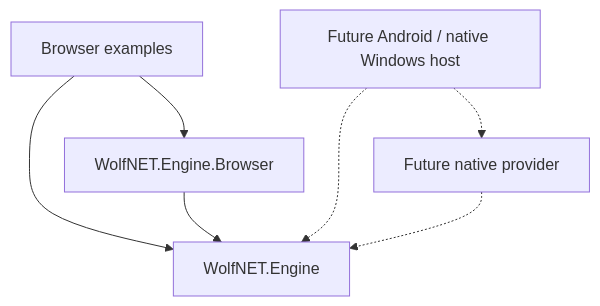
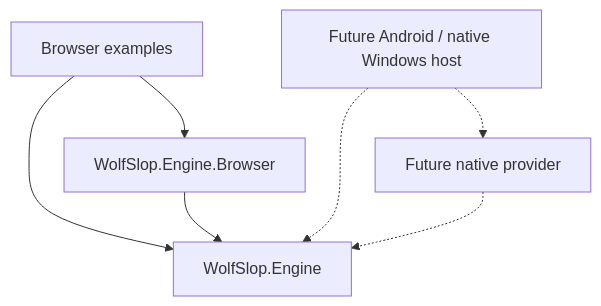
Before and after one commit to Lminta/WolfSlop: the diagram in WolfSlop.Engine/PLATFORMS.md, drawn with Mermaid. The commit also changed other lines of this file and 96 other files, not shown here.

Commit message:
Rename all "WolfNET" references to "WolfSlop"; update project files, namespaces, and assets accordingly for consistency with the new engine name.

````diff
--- a/WolfSlop.Engine/PLATFORMS.md
+++ b/WolfSlop.Engine/PLATFORMS.md
@@ -9,9 +9,9 @@
 ```mermaid
 flowchart TD
-    Examples[Browser examples] --> Browser[WolfNET.Engine.Browser]
-    Examples --> Engine[WolfNET.Engine]
+    Examples[Browser examples] --> Browser[WolfSlop.Engine.Browser]
+    Examples --> Engine[WolfSlop.Engine]
     Browser --> Engine
     Native[Future Android / native Windows host] -.-> Provider[Future native provider]
     Native -.-> Engine
     Provider -.-> Engine
 ```
````
